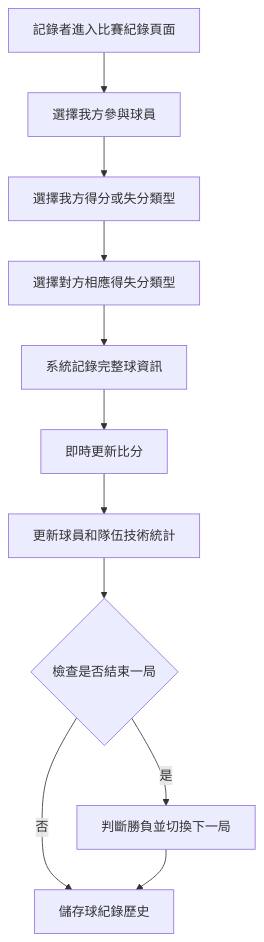
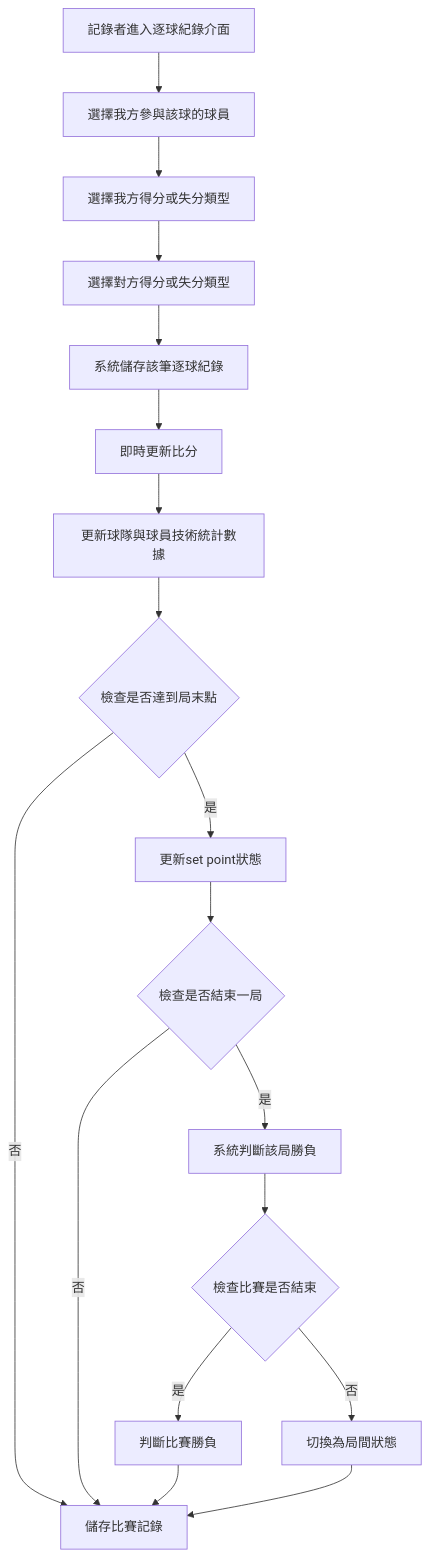
One commit to andrewck24/volleybro changed the second of 4 diagrams in docs/02_functional_requirements/03_tw_match_record.md. Above: the diagram before and after it, drawn with Mermaid. The commit also changed other lines of this file and 13 other files, not shown here.

````diff
--- a/docs/02_functional_requirements/03_tw_match_record.md
+++ b/docs/02_functional_requirements/03_tw_match_record.md
@@ -88,13 +92,20 @@
   ```mermaid
   graph TD
-    A[記錄者進入比賽紀錄頁面] --> B[選擇我方參與球員]
-    B --> D[選擇我方得分或失分類型]
-    D --> E[選擇對方相應得失分類型]
-    E --> F[系統記錄完整球資訊]
+    A[記錄者進入逐球紀錄介面] --> B[選擇我方參與該球的球員]
+    B --> C[選擇我方得分或失分類型]
+    C --> E[選擇對方得分或失分類型]
+    E --> F[系統儲存該筆逐球紀錄]
     F --> G[即時更新比分]
-    G --> H[更新球員和隊伍技術統計]
-    H --> I{檢查是否結束一局}
-    I -->|是| J[判斷勝負並切換下一局]
-    I -->|否| K[儲存球紀錄歷史]
-    J --> K
+    G --> H[更新球隊與球員技術統計數據]
+    H --> I{檢查是否達到局末點}
+    I -->|是| J[更新set point狀態]
+    I -->|否| L[儲存比賽記錄]
+    J --> K{檢查是否結束一局}
+    K -->|是| M[系統判斷該局勝負]
+    K -->|否| L
+    M --> N{檢查比賽是否結束}
+    N -->|是| O[判斷比賽勝負]
+    N -->|否| P[切換為局間狀態]
+    O --> L
+    P --> L
   ```
````
